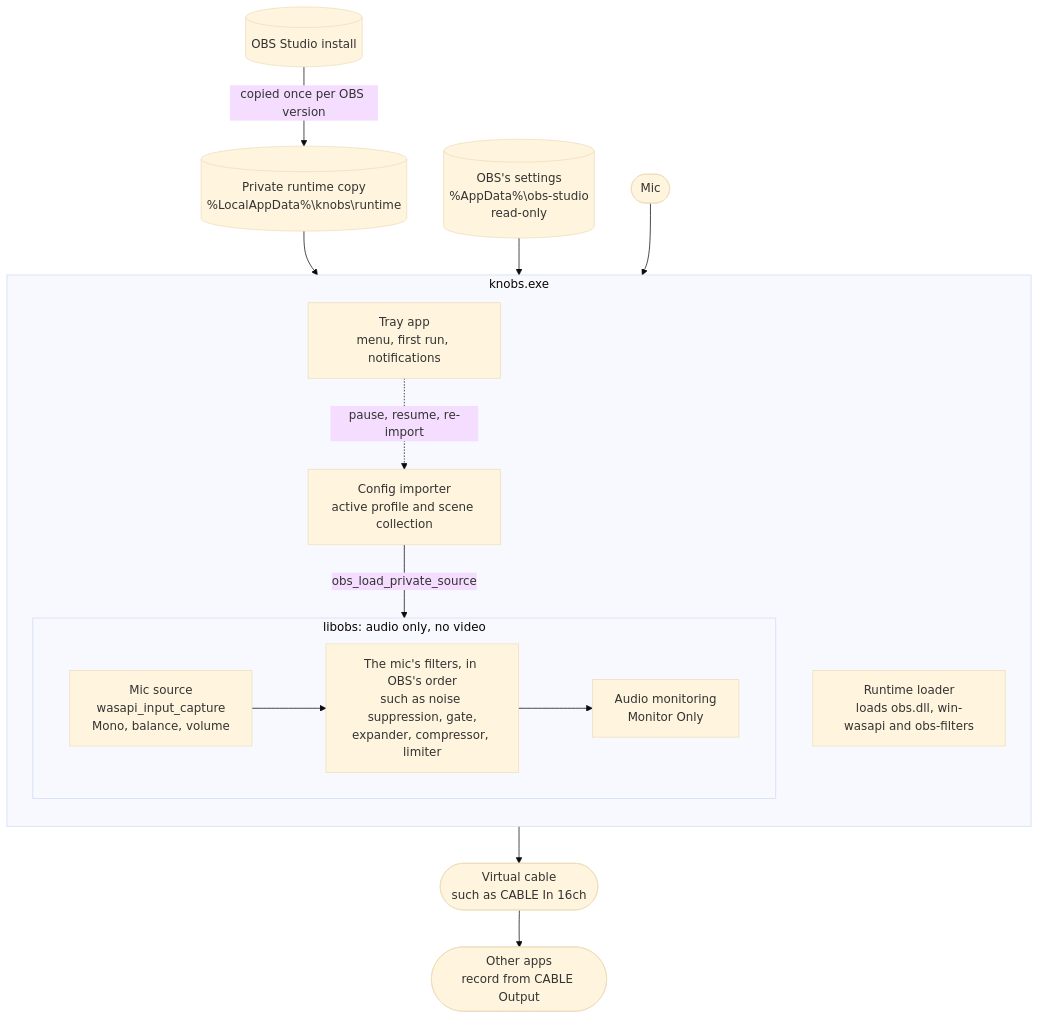
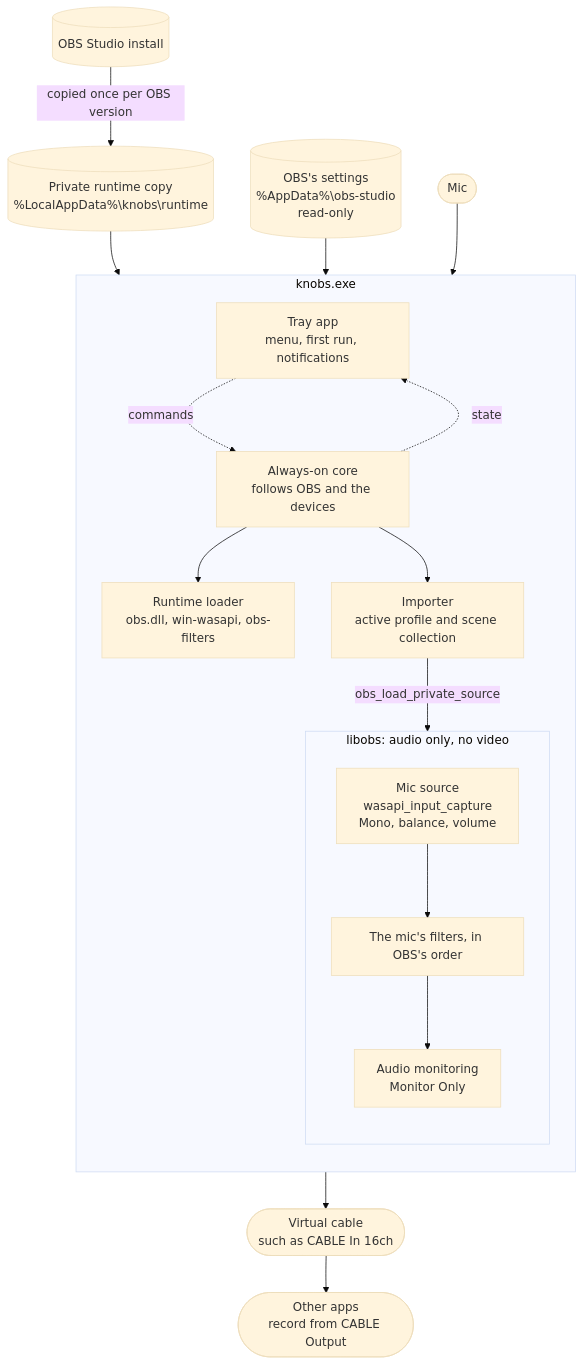
One commit to danielalyoshin/knOBS changed the diagram in docs/design.md. Above: the diagram before and after it, drawn with Mermaid (base theme). The commit also changed other lines of this file and 26 other files, not shown here.

````diff
--- a/docs/design.md
+++ b/docs/design.md
@@ -39,24 +24,31 @@
 ```mermaid
 flowchart TB
   install[("OBS Studio install")] -- "copied once per OBS version" --> copy[("Private runtime copy<br>%LocalAppData%\knobs\runtime")]
   obsconfig[("OBS's settings<br>%AppData%\obs-studio<br>read-only")]
 
   subgraph app["knobs.exe"]
     direction TB
-    loader["Runtime loader<br>loads obs.dll, win-wasapi and obs-filters"]
-    importer["Config importer<br>active profile and scene collection"]
+    tray["Tray app<br>menu, first run, notifications"]
+    core["Always-on core<br>follows OBS and the devices"]
+    loader["Runtime loader<br>obs.dll, win-wasapi, obs-filters"]
+    importer["Importer<br>active profile and scene collection"]
     subgraph libobs["libobs: audio only, no video"]
-      direction LR
-      source["Mic source<br>wasapi_input_capture<br>Mono, balance, volume"] --> filters["The mic's filters, in OBS's order<br>such as noise suppression, gate,<br>expander, compressor, limiter"] --> monitor["Audio monitoring<br>Monitor Only"]
+      direction TB
+      source["Mic source<br>wasapi_input_capture<br>Mono, balance, volume"]
+      filters["The mic's filters, in OBS's order"]
+      monitor["Audio monitoring<br>Monitor Only"]
+      source --> filters --> monitor
     end
-    tray["Tray app<br>menu, first run, notifications"]
   end
 
+  tray -. "commands" .-> core
+  core -. "state" .-> tray
+  core --> loader
+  core --> importer
   copy --> loader
   obsconfig --> importer
   importer -- "obs_load_private_source" --> source
   mic(["Mic"]) --> source
   monitor --> cable(["Virtual cable<br>such as CABLE In 16ch"])
   cable --> apps(["Other apps<br>record from CABLE Output"])
-  tray -. "pause, resume, re-import" .-> importer
 ```
````
